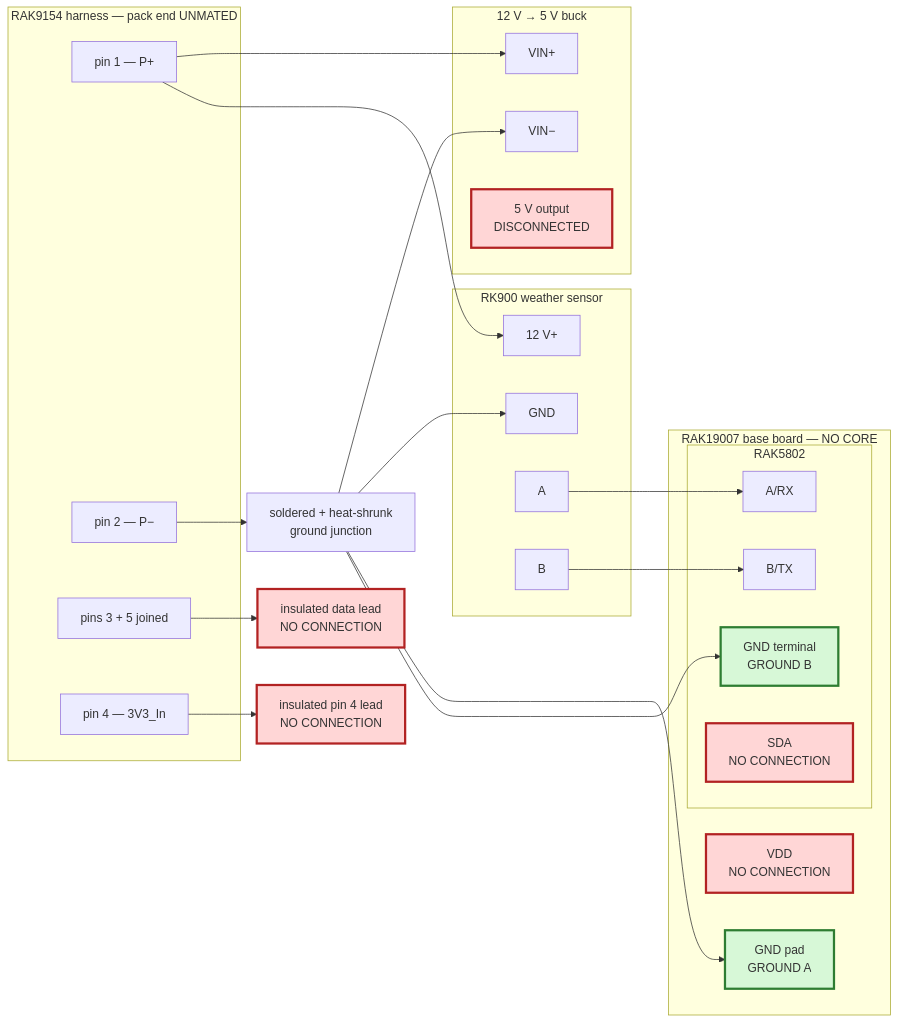
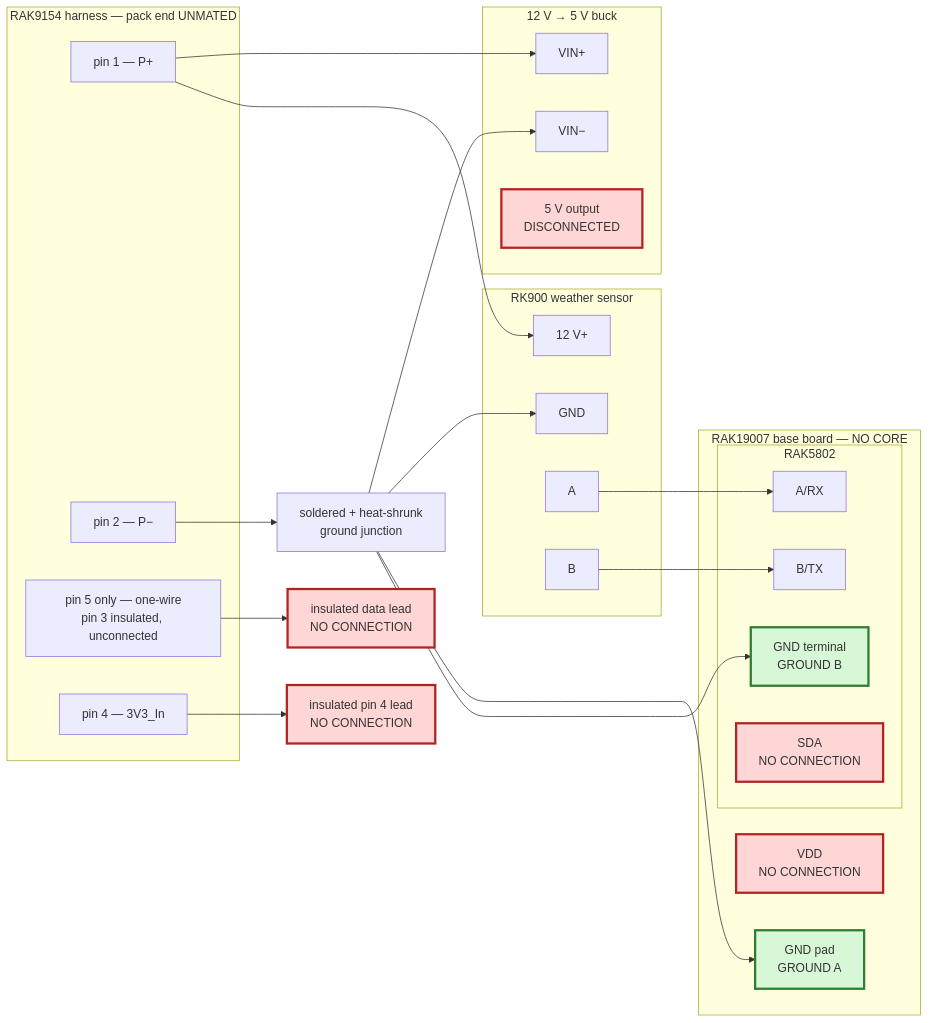
Before and after one commit to disruptivepatternmaterial/rak-sensor-node-but-better: the diagram in docs/BUILD.md, drawn with Mermaid. The commit also changed other lines of this file and 4 other files, not shown here.

````diff
--- a/docs/BUILD.md
+++ b/docs/BUILD.md
@@ -78,58 +82,58 @@
 ```mermaid
 flowchart LR
     subgraph PACK["RAK9154 harness — pack end UNMATED"]
         P1["pin 1 — P+"]
         P2["pin 2 — P−"]
-        P35["pins 3 + 5 joined"]
+        P35["pin 5 only — one-wire<br/>pin 3 insulated, unconnected"]
         P4["pin 4 — 3V3_In"]
     end
 
     J["soldered + heat-shrunk<br/>ground junction"]
 
     subgraph BUCK["12 V → 5 V buck"]
         BINP["VIN+"]
         BINN["VIN−"]
         BOUT["5 V output<br/>DISCONNECTED"]
     end
 
     subgraph WEATHER["RK900 weather sensor"]
         RKP["12 V+"]
         RKN["GND"]
         RKA["A"]
         RKB["B"]
     end
 
     subgraph BOARD["RAK19007 base board — NO CORE"]
         BGND["GND pad<br/>GROUND A"]
         NOVDD["VDD<br/>NO CONNECTION"]
         subgraph MOD["RAK5802"]
             MGND["GND terminal<br/>GROUND B"]
             MA["A/RX"]
             MB["B/TX"]
             MSDA["SDA<br/>NO CONNECTION"]
         end
     end
 
     FREE["insulated data lead<br/>NO CONNECTION"]
     FREE4["insulated pin 4 lead<br/>NO CONNECTION"]
 
     P1 --> BINP
     P1 --> RKP
     P2 --> J
     J --> BINN
     J --> RKN
     J --> BGND
     J --> MGND
     RKA --> MA
     RKB --> MB
     P35 --> FREE
     P4 --> FREE4
 
     style FREE fill:#ffd6d6,stroke:#b22222,stroke-width:3px
     style FREE4 fill:#ffd6d6,stroke:#b22222,stroke-width:3px
     style MSDA fill:#ffd6d6,stroke:#b22222,stroke-width:3px
     style NOVDD fill:#ffd6d6,stroke:#b22222,stroke-width:3px
     style BOUT fill:#ffd6d6,stroke:#b22222,stroke-width:3px
     style BGND fill:#d7f8d7,stroke:#2e7d32,stroke-width:3px
     style MGND fill:#d7f8d7,stroke:#2e7d32,stroke-width:3px
 ```
````
